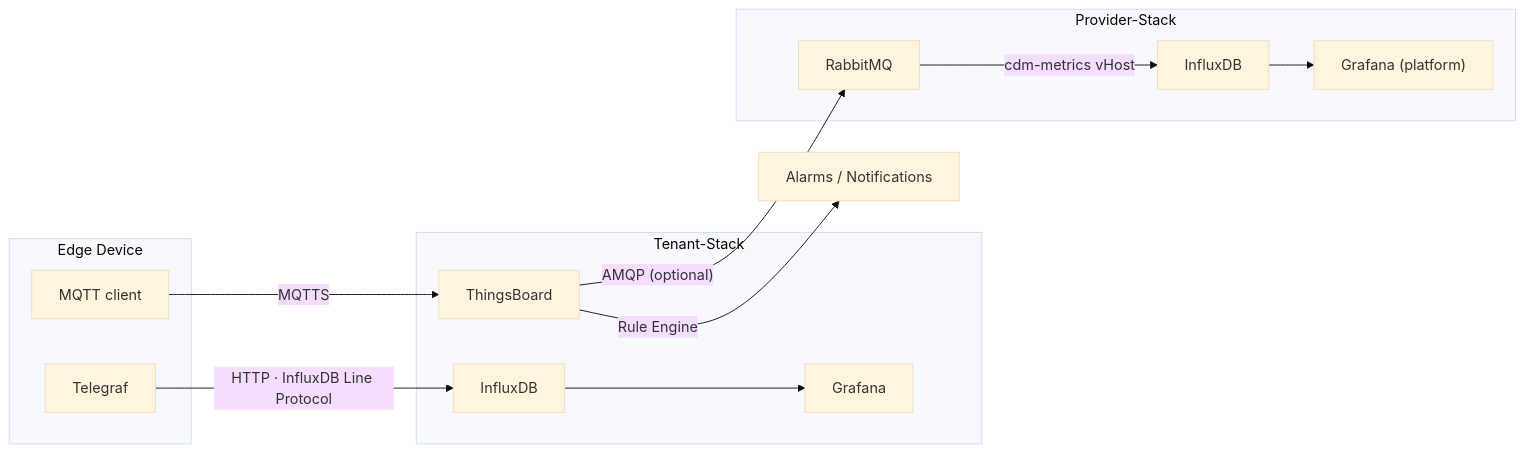
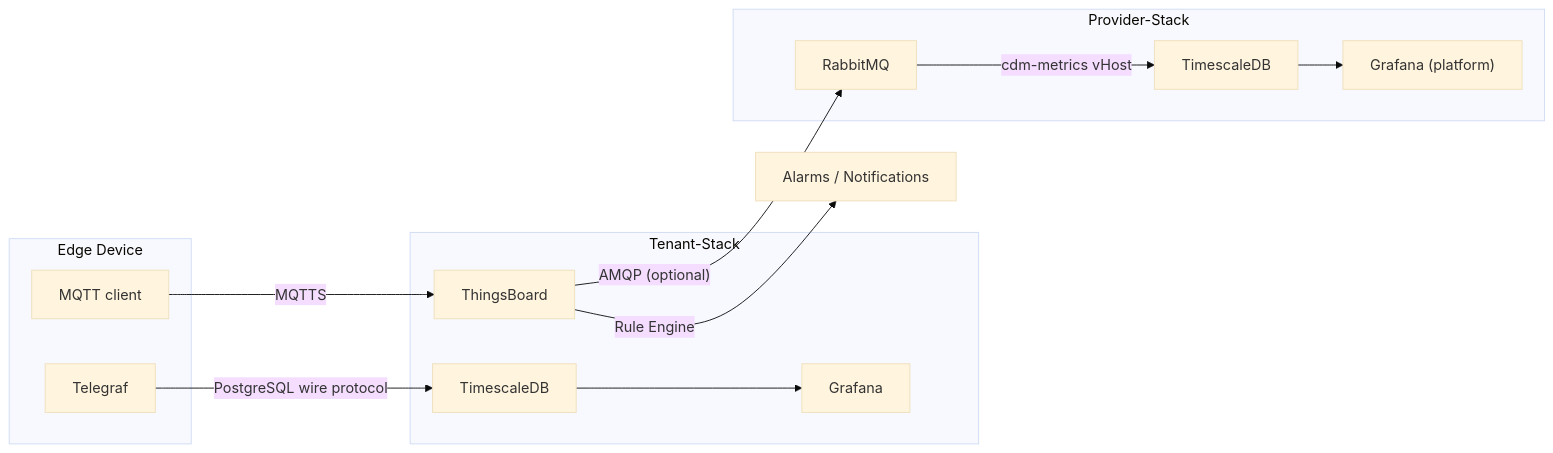
The diagram in docs/workflows/monitoring.md (the78mole/complete-device-management), drawn with Mermaid (base theme) before and after one commit. The commit also changed other lines of this file and 34 other files, not shown here.

First line of the commit message:
Refactor provider and tenant stacks to replace InfluxDB with TimescaleDB

````diff
--- a/docs/workflows/monitoring.md
+++ b/docs/workflows/monitoring.md
@@ -10,27 +10,27 @@
 ```mermaid
 graph LR
     subgraph edge[Edge Device]
         TEL[Telegraf]
         MQC[MQTT client]
     end
 
     subgraph tenant[Tenant-Stack]
         TB[ThingsBoard]
-        IDB_T[InfluxDB]
+        TSDB_T[TimescaleDB]
         GRF_T[Grafana]
-        IDB_T --> GRF_T
+        TSDB_T --> GRF_T
     end
 
     subgraph provider[Provider-Stack]
         RMQ[RabbitMQ]
-        IDB_P[InfluxDB]
+        TSDB_P[TimescaleDB]
         GRF_P["Grafana (platform)"]
-        IDB_P --> GRF_P
+        TSDB_P --> GRF_P
     end
 
-    TEL -->|"HTTP · InfluxDB Line Protocol"| IDB_T
+    TEL -->|"PostgreSQL wire protocol"| TSDB_T
     MQC -->|MQTTS| TB
     TB -->|Rule Engine| ALM["Alarms / Notifications"]
     TB -->|"AMQP (optional)"| RMQ
-    RMQ -->|cdm-metrics vHost| IDB_P
+    RMQ -->|cdm-metrics vHost| TSDB_P
 ```
````
